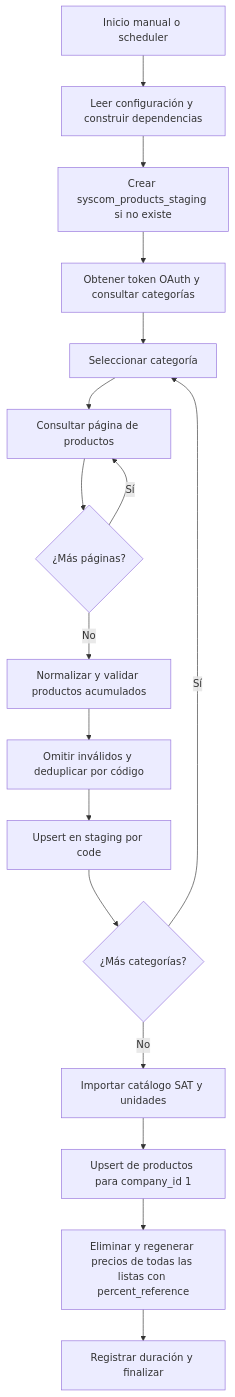
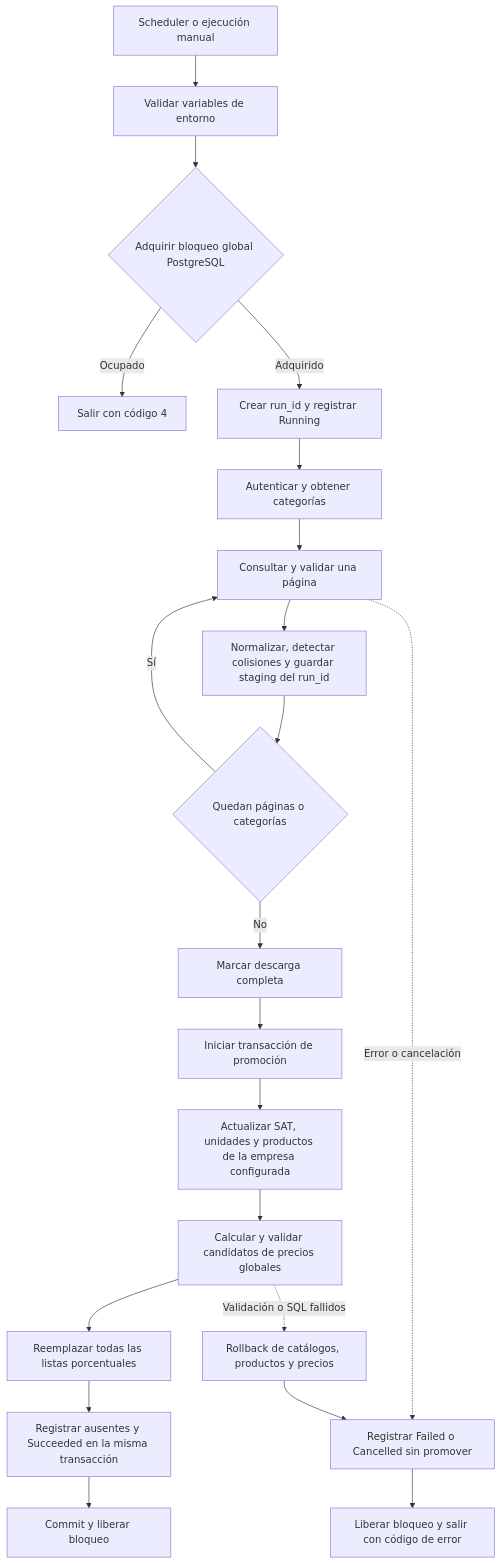
The diagram in .itia/docs/sincronizacion-syscom.md (blanks88/IDOneExtensions), drawn with Mermaid before and after one commit. The commit also changed other lines of this file and 32 other files, not shown here.

First line of the commit message:
feat(dev): robustecer sincronización y recálculo global de precios

````diff
--- a/.itia/docs/sincronizacion-syscom.md
+++ b/.itia/docs/sincronizacion-syscom.md
@@ -17,19 +16,23 @@
 ```mermaid
 flowchart TD
-    A[Inicio manual o scheduler] --> B[Leer configuración y construir dependencias]
-    B --> C[Crear syscom_products_staging si no existe]
-    C --> D[Obtener token OAuth y consultar categorías]
-    D --> E[Seleccionar categoría]
-    E --> F[Consultar página de productos]
-    F --> G{¿Más páginas?}
-    G -- Sí --> F
-    G -- No --> H[Normalizar y validar productos acumulados]
-    H --> I[Omitir inválidos y deduplicar por código]
-    I --> J[Upsert en staging por code]
-    J --> K{¿Más categorías?}
-    K -- Sí --> E
-    K -- No --> L[Importar catálogo SAT y unidades]
-    L --> M[Upsert de productos para company_id 1]
-    M --> N[Eliminar y regenerar precios de todas las listas con percent_reference]
-    N --> O[Registrar duración y finalizar]
+    A[Scheduler o ejecución manual] --> B[Validar variables de entorno]
+    B --> C{Adquirir bloqueo global PostgreSQL}
+    C -- Ocupado --> X[Salir con código 4]
+    C -- Adquirido --> D[Crear run_id y registrar Running]
+    D --> E[Autenticar y obtener categorías]
+    E --> F[Consultar y validar una página]
+    F --> G[Normalizar, detectar colisiones y guardar staging del run_id]
+    G --> H{Quedan páginas o categorías}
+    H -- Sí --> F
+    H -- No --> I[Marcar descarga completa]
+    I --> J[Iniciar transacción de promoción]
+    J --> K[Actualizar SAT, unidades y productos de la empresa configurada]
+    K --> L[Calcular y validar candidatos de precios globales]
+    L --> M[Reemplazar todas las listas porcentuales]
+    M --> N[Registrar ausentes y Succeeded en la misma transacción]
+    N --> O[Commit y liberar bloqueo]
+    F -. Error o cancelación .-> P[Registrar Failed o Cancelled sin promover]
+    L -. Validación o SQL fallidos .-> Q[Rollback de catálogos, productos y precios]
+    Q --> P
+    P --> R[Liberar bloqueo y salir con código de error]
 ```
````
